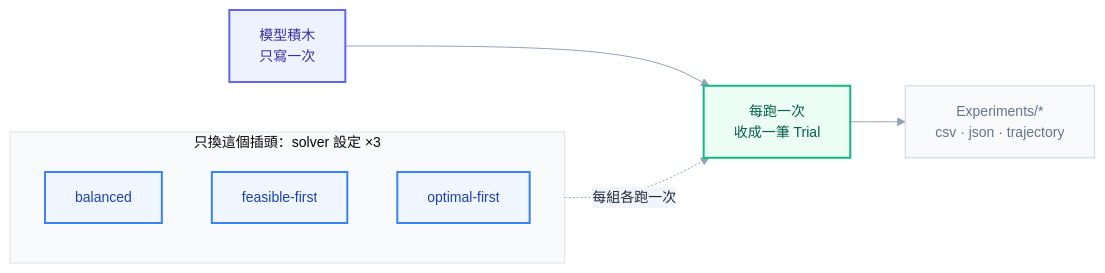
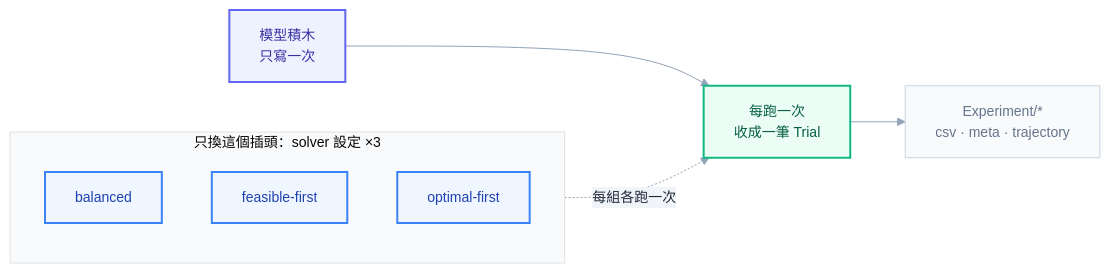
Before and after one commit to zxcbig7/OptimFoundation: the second of 2 diagrams in docs/architecture-building-blocks.md, drawn with Mermaid. The commit also changed other lines of this file and 77 other files, not shown here.

````diff
--- a/docs/architecture-building-blocks.md
+++ b/docs/architecture-building-blocks.md
@@ -169,26 +169,26 @@
 ```mermaid
 %%{init: {'theme':'base','themeVariables':{
   'fontFamily':'ui-sans-serif, -apple-system, Segoe UI, Roboto, sans-serif',
   'fontSize':'14px',
   'primaryColor':'#eef2ff','primaryTextColor':'#1e293b','primaryBorderColor':'#6366f1',
   'lineColor':'#94a3b8','secondaryColor':'#f1f5f9','tertiaryColor':'#f8fafc'
 },'flowchart':{'curve':'basis','nodeSpacing':50,'rankSpacing':55,'htmlLabels':true}}}%%
 flowchart LR
   M["模型積木<br/>只寫一次"]:::primary
   subgraph CFG["只換這個插頭：solver 設定 ×3"]
     direction TB
     C1["balanced"]:::accent
     C2["feasible-first"]:::accent
     C3["optimal-first"]:::accent
   end
   CAP["每跑一次<br/>收成一筆 Trial"]:::success
-  OUT["Experiments/*<br/>csv · json · trajectory"]:::muted
+  OUT["Experiment/*<br/>csv · meta · trajectory"]:::muted
   M --> CAP
   CFG -.每組各跑一次.-> CAP
   CAP --> OUT
 
   classDef primary  fill:#eef2ff,stroke:#6366f1,stroke-width:2px,color:#3730a3;
   classDef success  fill:#ecfdf5,stroke:#10b981,stroke-width:2px,color:#065f46;
   classDef accent   fill:#eff6ff,stroke:#3b82f6,stroke-width:2px,color:#1e40af;
   classDef muted    fill:#f8fafc,stroke:#cbd5e1,stroke-width:1px,color:#64748b;
 ```
````
